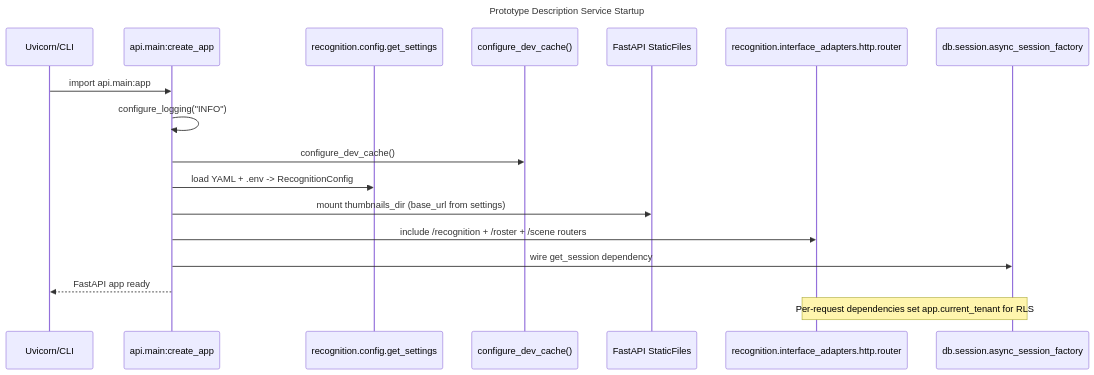
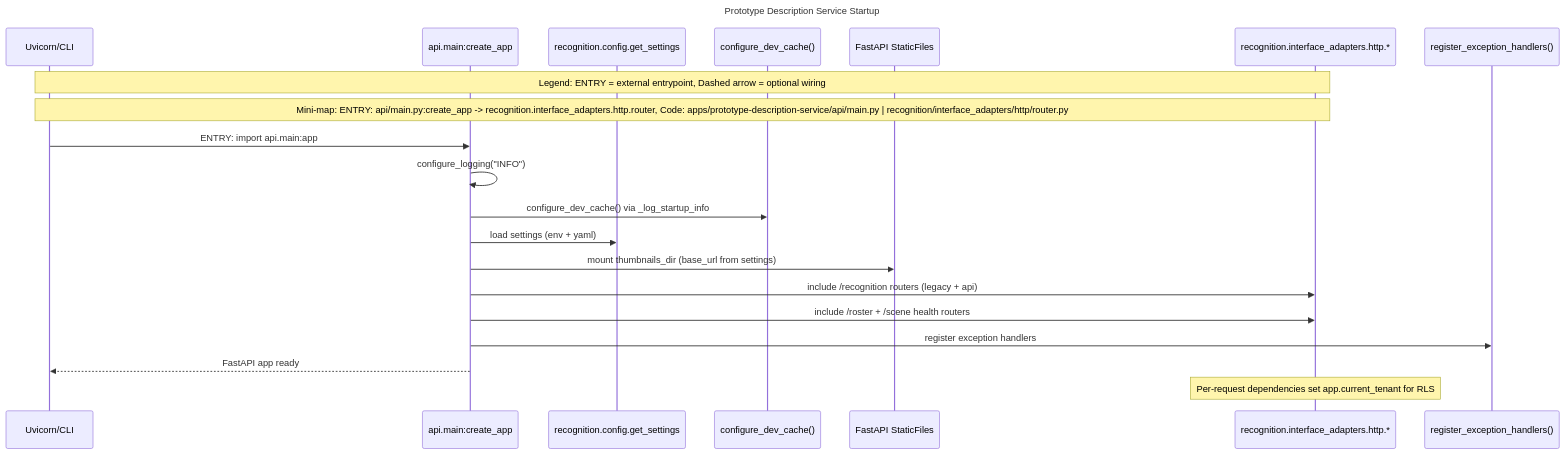
One commit to darce/context-alt-text-monorepo changed the diagram in docs/architecture/backend-uml/workflows/startup_sequence.mmd. Above: the diagram before and after it, drawn with Mermaid. The commit also changed 31 other files, not shown here.

Commit message:
docs(architecture): update backend UML diagrams and API contracts

```diff
--- a/docs/architecture/backend-uml/workflows/startup_sequence.mmd
+++ b/docs/architecture/backend-uml/workflows/startup_sequence.mmd
@@ -1,21 +1,25 @@
 ---
 title: Prototype Description Service Startup
 ---
 sequenceDiagram
     participant CLI as Uvicorn/CLI
     participant App as api.main:create_app
     participant Settings as recognition.config.get_settings
     participant Cache as configure_dev_cache()
     participant Static as FastAPI StaticFiles
-    participant Routers as recognition.interface_adapters.http.router
-    participant Session as db.session.async_session_factory
+    participant Routers as recognition.interface_adapters.http.*
+    participant Handlers as register_exception_handlers()
 
-    CLI->>App: import api.main:app
+    Note over CLI,Routers: Legend: ENTRY = external entrypoint, Dashed arrow = optional wiring
+    Note over CLI,Routers: Mini-map: ENTRY: api/main.py:create_app -> recognition.interface_adapters.http.router, Code: apps/prototype-description-service/api/main.py | recognition/interface_adapters/http/router.py
+
+    CLI->>App: ENTRY: import api.main:app
     App->>App: configure_logging("INFO")
-    App->>Cache: configure_dev_cache()
-    App->>Settings: load YAML + .env -> RecognitionConfig
+    App->>Cache: configure_dev_cache() via _log_startup_info
+    App->>Settings: load settings (env + yaml)
     App->>Static: mount thumbnails_dir (base_url from settings)
-    App->>Routers: include /recognition + /roster + /scene routers
-    App->>Session: wire get_session dependency
+    App->>Routers: include /recognition routers (legacy + api)
+    App->>Routers: include /roster + /scene health routers
+    App->>Handlers: register exception handlers
     App-->>CLI: FastAPI app ready
-    Note over Routers,Session: Per-request dependencies set app.current_tenant for RLS
+    Note over Routers: Per-request dependencies set app.current_tenant for RLS
```
